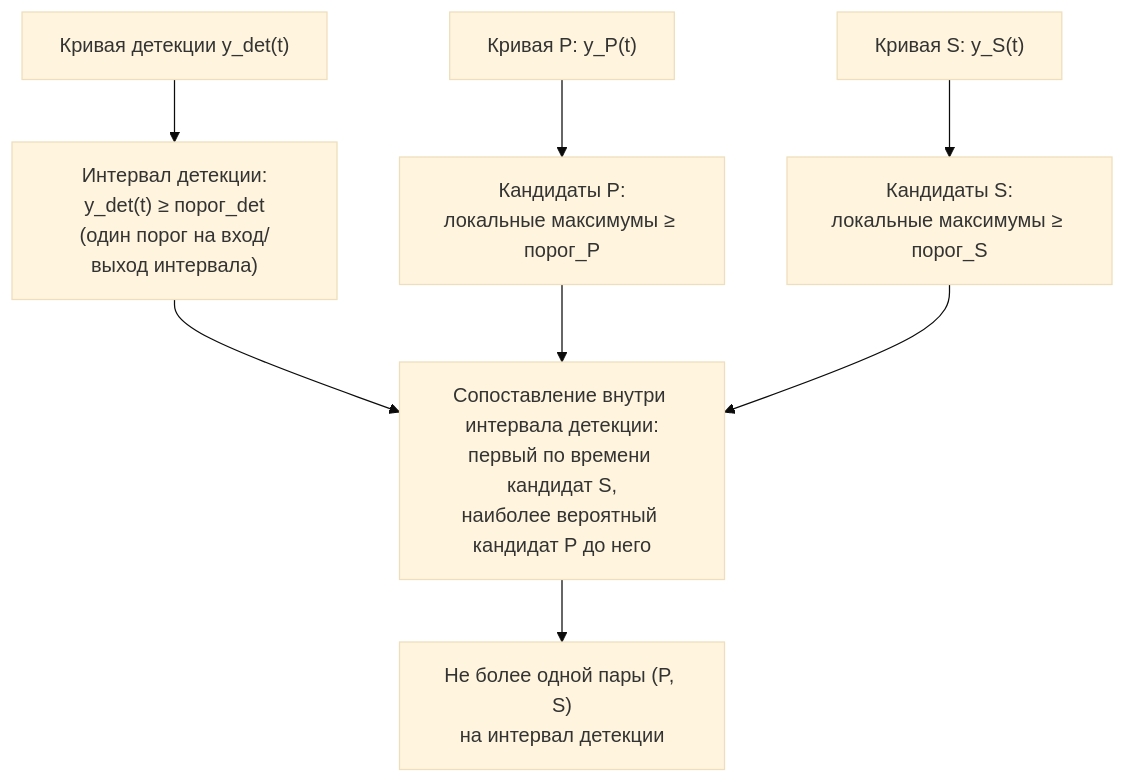
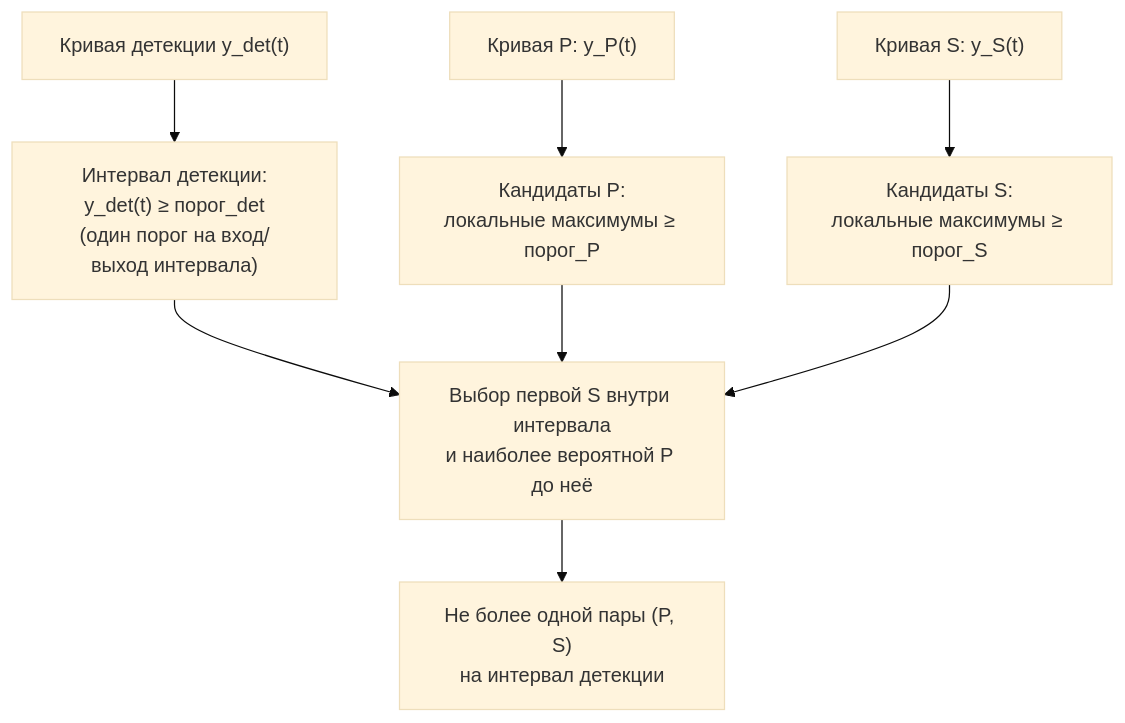
Before and after one commit to ruhose73/FastEQT: the fifth of 13 diagrams in docs/doc-physical.md, drawn with Mermaid (base theme). The commit also changed other lines of this file, not shown here.

````diff
--- a/docs/doc-physical.md
+++ b/docs/doc-physical.md
@@ -155,10 +187,10 @@
 ```mermaid
 flowchart TD
     C1["Кривая детекции y_det(t)"] --> D1["Интервал детекции:<br/>y_det(t) ≥ порог_det<br/>(один порог на вход/выход интервала)"]
     C2["Кривая P: y_P(t)"] --> D2["Кандидаты P:<br/>локальные максимумы ≥ порог_P"]
     C3["Кривая S: y_S(t)"] --> D3["Кандидаты S:<br/>локальные максимумы ≥ порог_S"]
-    D1 --> M["Сопоставление внутри интервала детекции:<br/>первый по времени кандидат S,<br/>наиболее вероятный кандидат P до него"]
+    D1 --> M["Выбор первой S внутри интервала<br/>и наиболее вероятной P до неё"]
     D2 --> M
     D3 --> M
     M --> Out["Не более одной пары (P, S)<br/>на интервал детекции"]
 ```
````
